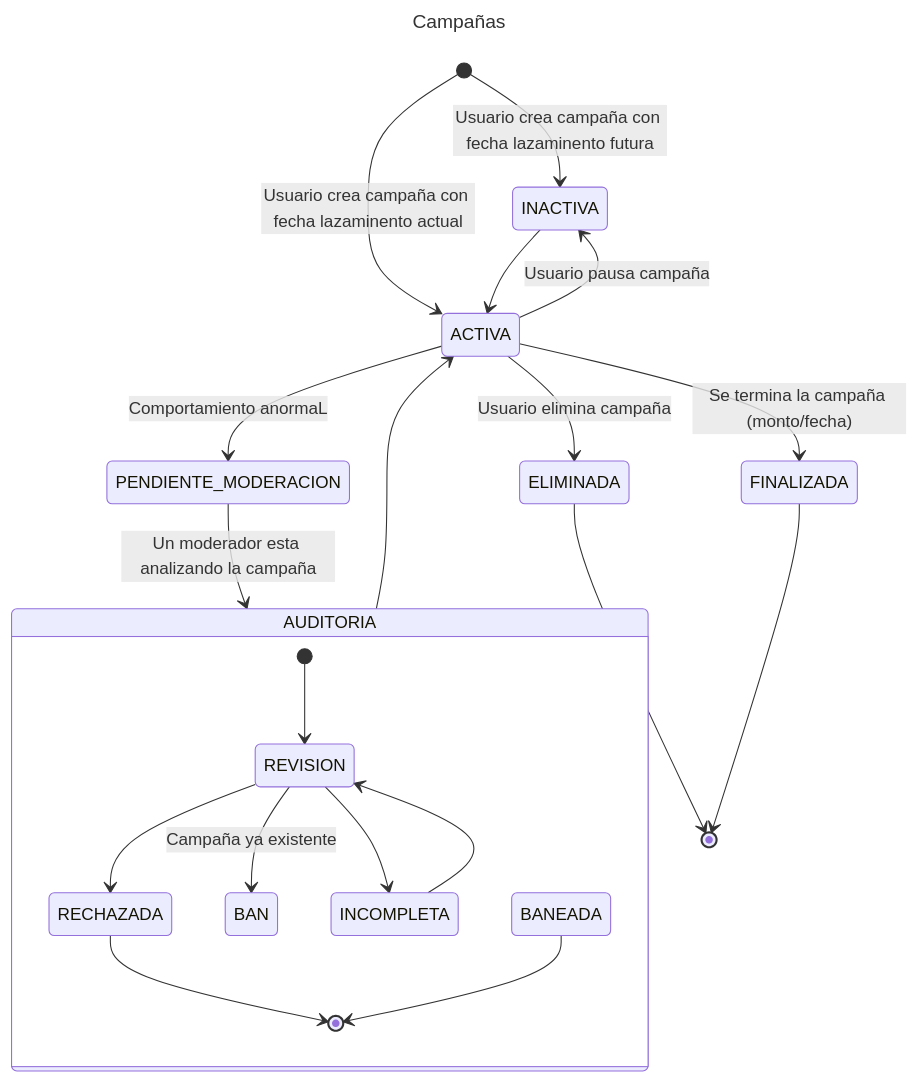
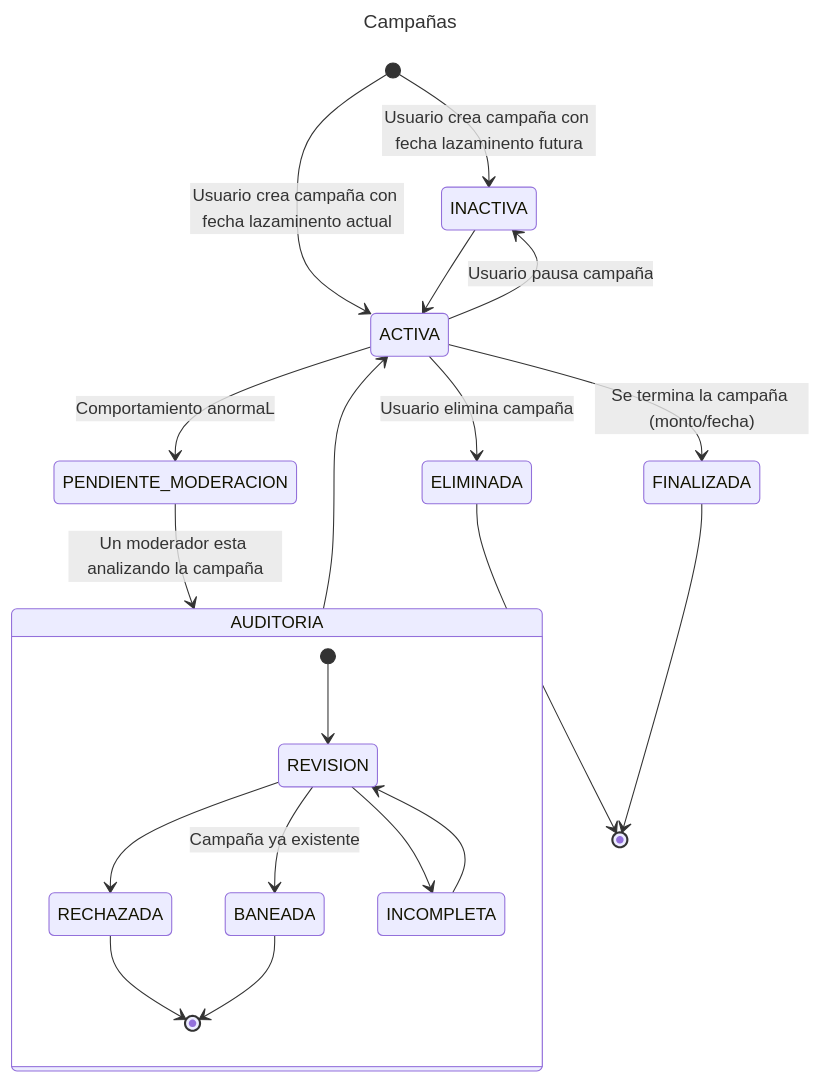
One commit to francoo27/give changed the diagram in documentation/maquina-de-estados-campaña.md. Above: the diagram before and after it, drawn with Mermaid.

````diff
--- a/documentation/maquina-de-estados-campaña.md
+++ b/documentation/maquina-de-estados-campaña.md
@@ -1,37 +1,37 @@
 ```mermaid
 ---
 title: Campañas
 ---
 
 stateDiagram-v2
 
     [*] --> INACTIVA: Usuario crea campaña con fecha lazaminento futura
     [*] --> ACTIVA: Usuario crea campaña con fecha lazaminento actual
 
     INACTIVA --> ACTIVA
     ACTIVA --> INACTIVA: Usuario pausa campaña
 
     PENDIENTE_MODERACION --> AUDITORIA : Un moderador esta analizando la campaña
 
     state AUDITORIA {
         [*] --> REVISION
         REVISION --> RECHAZADA
-        REVISION --> BAN: Campaña ya existente
+        REVISION --> BANEADA: Campaña ya existente
         REVISION --> INCOMPLETA
         INCOMPLETA --> REVISION
         RECHAZADA --> [*]
         BANEADA --> [*]
     }
 
 
     AUDITORIA --> ACTIVA
 
     ACTIVA --> PENDIENTE_MODERACION: Comportamiento anormaL
 
     ACTIVA --> ELIMINADA: Usuario elimina campaña
 
     ACTIVA --> FINALIZADA: Se termina la campaña (monto/fecha)
 
     ELIMINADA --> [*]
     FINALIZADA --> [*]
 ```
````
